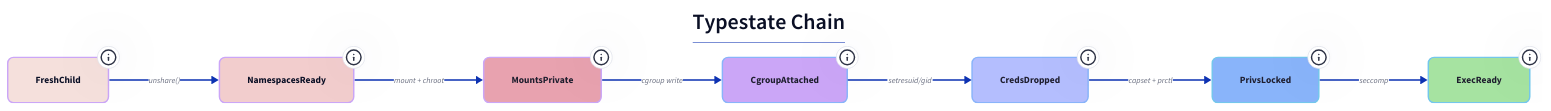
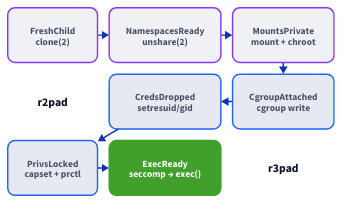
One commit to orkait/rustbox changed the diagram in docs-site/src/assets/diagrams/typestate.d2. Above: the diagram before and after it, drawn with D2. The commit also changed 8 other files, not shown here.

First line of the commit message:
docs: fix diagram contrast, add snake typestate, module map

```diff
--- a/docs-site/src/assets/diagrams/typestate.d2
+++ b/docs-site/src/assets/diagrams/typestate.d2
@@ -1,84 +1,86 @@
-direction: right
-
-title: |md
-  ## Typestate Chain
-| {
-  near: top-center
-  style.font-size: 20
-}
+grid-rows: 3
+grid-columns: 3
+grid-gap: 16
 
 fresh: {
-  label: "FreshChild"
-  tooltip: "Process just cloned"
-  style.fill: "#f5e0dc"
-  style.stroke: "#cba6f7"
-  style.border-radius: 8
+  label: "FreshChild\nclone(2)"
+  style.fill: "#eff1f5"
+  style.stroke: "#8839ef"
+  style.font-color: "#4c4f69"
+  style.border-radius: 10
   style.font-size: 13
 }
 
 ns: {
-  label: "NamespacesReady"
-  tooltip: "PID + mount + net + IPC"
-  style.fill: "#f2cdcd"
-  style.stroke: "#cba6f7"
-  style.border-radius: 8
+  label: "NamespacesReady\nunshare(2)"
+  style.fill: "#eff1f5"
+  style.stroke: "#8839ef"
+  style.font-color: "#4c4f69"
+  style.border-radius: 10
   style.font-size: 13
 }
 
 mnt: {
-  label: "MountsPrivate"
-  tooltip: "chroot + tmpfs + devices"
-  style.fill: "#e8a2af"
-  style.stroke: "#cba6f7"
-  style.font-color: "#1e1e2e"
-  style.border-radius: 8
+  label: "MountsPrivate\nmount + chroot"
+  style.fill: "#eff1f5"
+  style.stroke: "#8839ef"
+  style.font-color: "#4c4f69"
+  style.border-radius: 10
+  style.font-size: 13
+}
+
+# Row 2 - reverse direction (snake)
+r2pad: {
+  style.fill: transparent
+  style.stroke: transparent
+}
+
+cred: {
+  label: "CredsDropped\nsetresuid/gid"
+  style.fill: "#e6e9ef"
+  style.stroke: "#1e66f5"
+  style.font-color: "#4c4f69"
+  style.border-radius: 10
   style.font-size: 13
 }
 
 cg: {
-  label: "CgroupAttached"
-  tooltip: "memory + CPU + PID limits"
-  style.fill: "#cba6f7"
-  style.stroke: "#89b4fa"
-  style.font-color: "#1e1e2e"
-  style.border-radius: 8
+  label: "CgroupAttached\ncgroup write"
+  style.fill: "#e6e9ef"
+  style.stroke: "#1e66f5"
+  style.font-color: "#4c4f69"
+  style.border-radius: 10
   style.font-size: 13
 }
 
-cred: {
-  label: "CredsDropped"
-  tooltip: "setresuid + setresgid + setgroups"
-  style.fill: "#b4befe"
-  style.stroke: "#89b4fa"
-  style.font-color: "#1e1e2e"
-  style.border-radius: 8
-  style.font-size: 13
-}
-
+# Row 3
 priv: {
-  label: "PrivsLocked"
-  tooltip: "capset(zeroed) + NO_NEW_PRIVS"
-  style.fill: "#89b4fa"
-  style.stroke: "#74c7ec"
-  style.font-color: "#1e1e2e"
-  style.border-radius: 8
+  label: "PrivsLocked\ncapset + prctl"
+  style.fill: "#e6e9ef"
+  style.stroke: "#1e66f5"
+  style.font-color: "#4c4f69"
+  style.border-radius: 10
   style.font-size: 13
 }
 
 exec: {
-  label: "ExecReady"
-  tooltip: "seccomp installed → exec_payload()"
-  style.fill: "#a6e3a1"
-  style.stroke: "#74c7ec"
-  style.font-color: "#1e1e2e"
-  style.border-radius: 8
+  label: "ExecReady\nseccomp → exec()"
+  style.fill: "#40a02b"
+  style.stroke: "#40a02b"
+  style.font-color: "#ffffff"
+  style.border-radius: 10
   style.font-size: 13
   style.bold: true
 }
 
-fresh -> ns: "unshare()" {style.font-size: 11}
-ns -> mnt: "mount + chroot" {style.font-size: 11}
-mnt -> cg: "cgroup write" {style.font-size: 11}
-cg -> cred: "setresuid/gid" {style.font-size: 11}
-cred -> priv: "capset + prctl" {style.font-size: 11}
-priv -> exec: "seccomp" {style.font-size: 11}
+r3pad: {
+  style.fill: transparent
+  style.stroke: transparent
+}
+
+# Connections - snake pattern
+fresh -> ns -> mnt
+mnt -> cg
+cg -> cred
+cred -> priv
+priv -> exec
```
